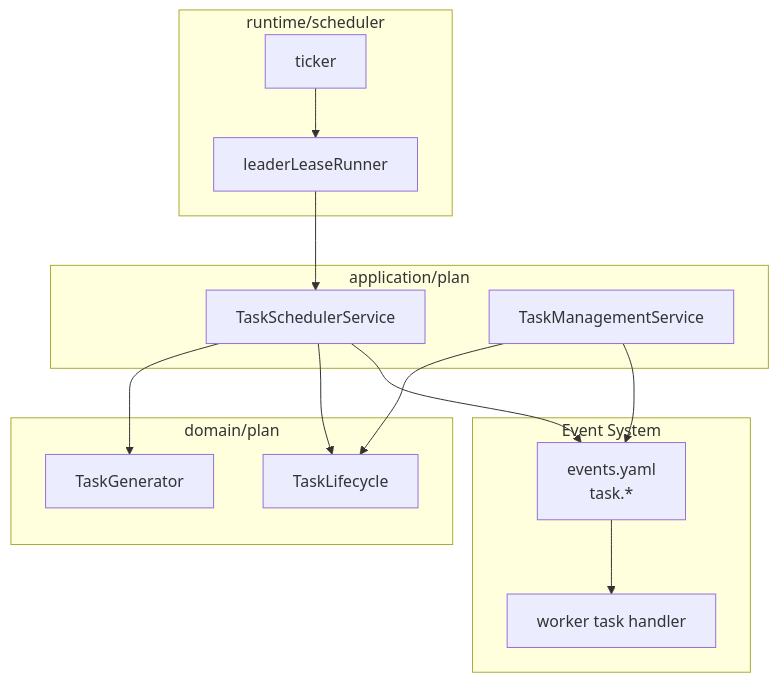
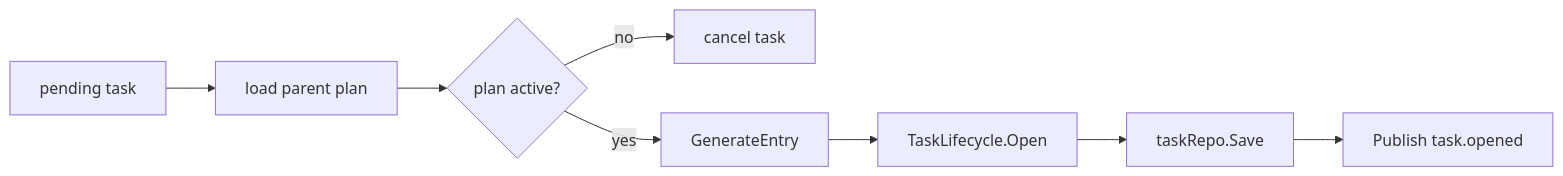
The third of 4 diagrams in docs/02-业务模块/plan/02-调度与通知事件.md (FangcunMount/qs-server), drawn with Mermaid before and after one commit. The commit also changed other lines of this file and 5 other files, not shown here.

````diff
--- a/docs/02-业务模块/plan/02-调度与通知事件.md
+++ b/docs/02-业务模块/plan/02-调度与通知事件.md
@@ -41,28 +196,10 @@
 ```mermaid
-flowchart TB
-    subgraph Runtime["runtime/scheduler"]
-        tick["ticker"]
-        leader["leaderLeaseRunner"]
-    end
-    subgraph PlanApp["application/plan"]
-        schedulerSvc["TaskSchedulerService"]
-        taskMgmt["TaskManagementService"]
-    end
-    subgraph Domain["domain/plan"]
-        taskLifecycle["TaskLifecycle"]
-        generator["TaskGenerator"]
-    end
-    subgraph Event["Event System"]
-        catalog["events.yaml\ntask.*"]
-        worker["worker task handler"]
-    end
-
-    tick --> leader
-    leader --> schedulerSvc
-    schedulerSvc --> generator
-    schedulerSvc --> taskLifecycle
-    taskMgmt --> taskLifecycle
-    schedulerSvc --> catalog
-    taskMgmt --> catalog
-    catalog --> worker
+flowchart LR
+    pending["pending task"] --> loadPlan["load parent plan"]
+    loadPlan --> active{"plan active?"}
+    active -->|no| cancel["cancel task"]
+    active -->|yes| entry["GenerateEntry"]
+    entry --> open["TaskLifecycle.Open"]
+    open --> save["taskRepo.Save"]
+    save --> event["Publish task.opened"]
 ```
````
